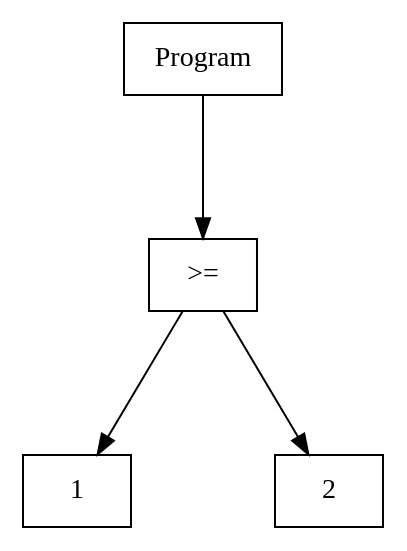
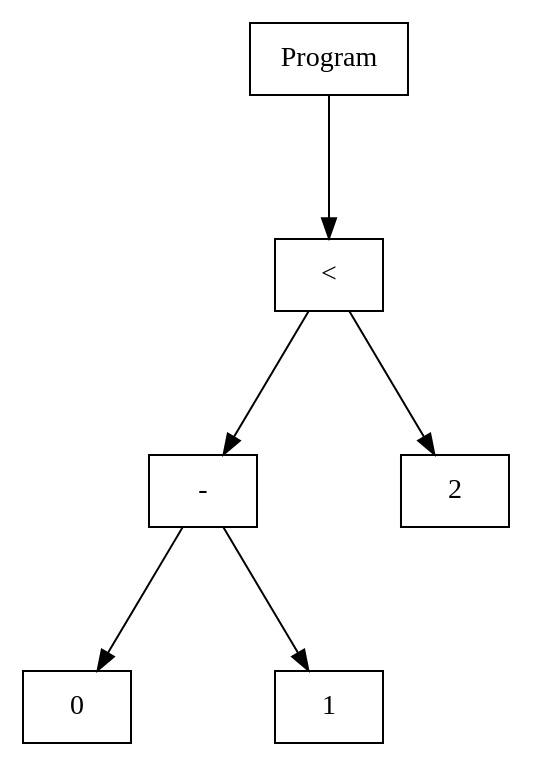
Before and after one commit to fl3ur1nestimable/tiger-compiler: the diagram in out/tree.dot, drawn with Graphviz. The commit also changed 3 other files, not shown here.

```diff
--- a/out/tree.dot
+++ b/out/tree.dot
@@ -1,14 +1,18 @@
 digraph "ast"{
 
 	nodesep=1;
 	ranksep=1;
 
-	N2 [label="1", shape="box"];
-	N3 [label="2", shape="box"];
-	N1 [label=">=", shape="box"];
+	N3 [label="0", shape="box"];
+	N4 [label="1", shape="box"];
+	N2 [label="-", shape="box"];
+	N5 [label="2", shape="box"];
+	N1 [label="<", shape="box"];
 	N0 [label="Program", shape="box"];
 
-	N1 -> N3; 
+	N2 -> N4; 
+	N2 -> N3; 
+	N1 -> N5; 
 	N1 -> N2; 
 	N0 -> N1; 
 }
```
